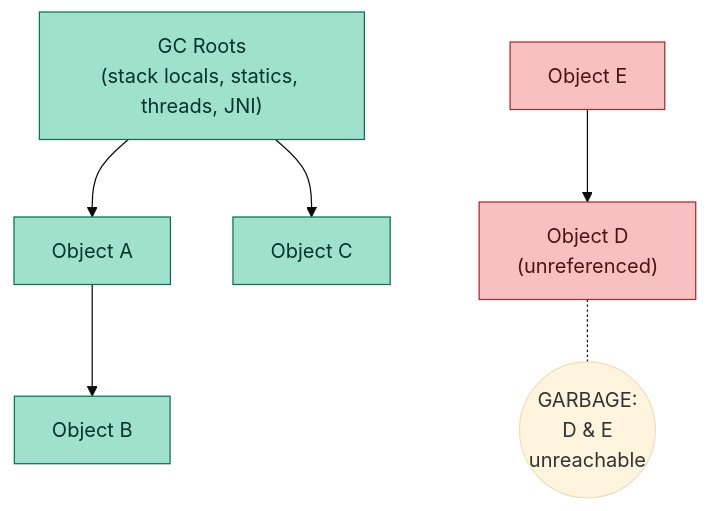
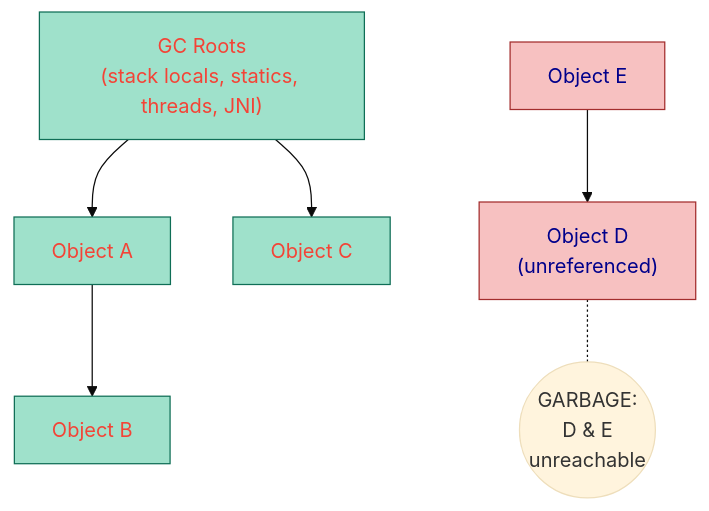
Before and after one commit to koders-lab/notes-hub: the first of 3 diagrams in content/Java/Garbage-Collection-Full-Notes.md, drawn with Mermaid (base theme).

Commit message:
Published 1 file

````diff
--- a/content/Java/Garbage-Collection-Full-Notes.md
+++ b/content/Java/Garbage-Collection-Full-Notes.md
@@ -29,13 +29,13 @@
 ```mermaid
 flowchart TD
     R["GC Roots<br/>(stack locals, statics, threads, JNI)"] --> A["Object A"]
     A --> B["Object B"]
     R --> C["Object C"]
     D["Object D<br/>(unreferenced)"]
     E["Object E"] --> D
     D -.- G(("GARBAGE:<br/>D & E<br/>unreachable"))
-    classDef live fill:#9FE1CB,stroke:#0F6E56,color:#04342C;
-    classDef dead fill:#F7C1C1,stroke:#A32D2D,color:#501313;
+    classDef live fill:#9FE1CB,stroke:#0F6E56,color:#f44336;
+    classDef dead fill:#F7C1C1,stroke:#A32D2D,color:#00008B;
     class R,A,B,C live;
     class D,E dead;
 ```
````
